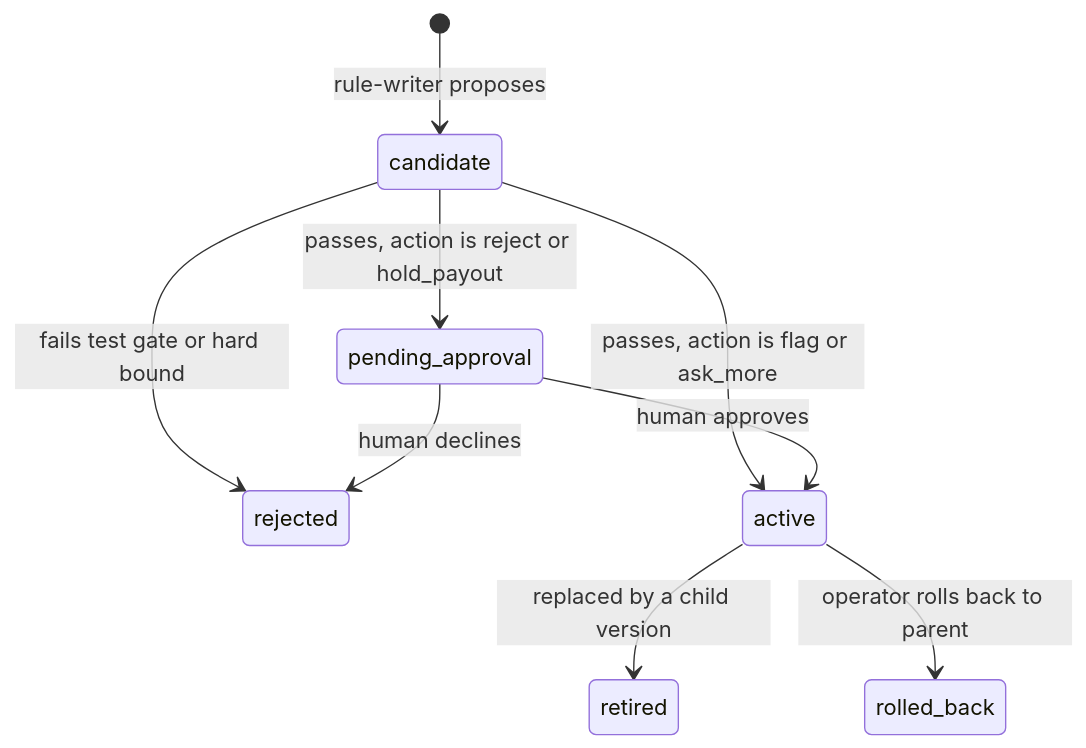
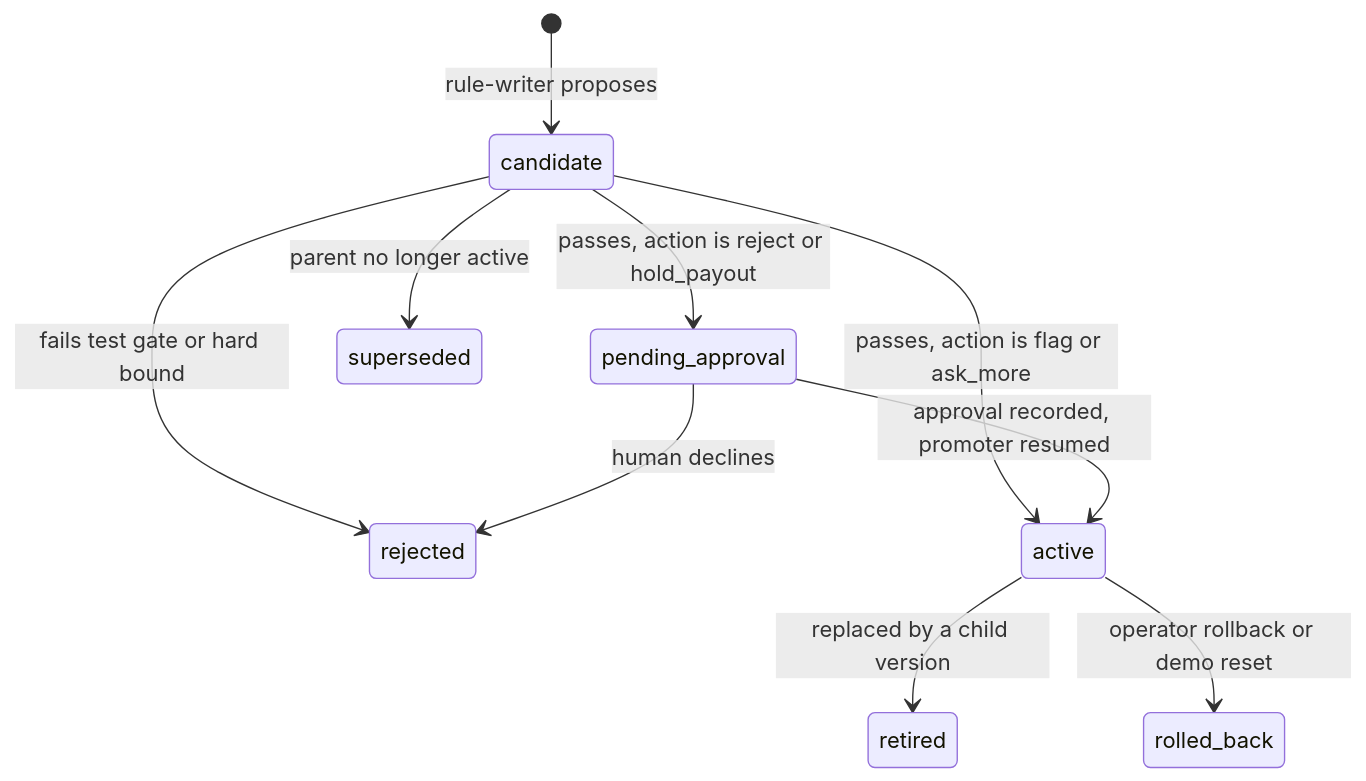
Before and after one commit to mxblmr/lane: the fifth of 5 diagrams in docs/plans/2026-10-11-1233-feat-lane-mvp-plan.md, drawn with Mermaid. The commit also changed other lines of this file, not shown here.

````diff
--- a/docs/plans/2026-10-11-1233-feat-lane-mvp-plan.md
+++ b/docs/plans/2026-10-11-1233-feat-lane-mvp-plan.md
@@ -339,11 +387,12 @@
 ```mermaid
 stateDiagram-v2
   [*] --> candidate: rule-writer proposes
   candidate --> rejected: fails test gate or hard bound
   candidate --> active: passes, action is flag or ask_more
   candidate --> pending_approval: passes, action is reject or hold_payout
-  pending_approval --> active: human approves
+  candidate --> superseded: parent no longer active
+  pending_approval --> active: approval recorded, promoter resumed
   pending_approval --> rejected: human declines
   active --> retired: replaced by a child version
-  active --> rolled_back: operator rolls back to parent
+  active --> rolled_back: operator rollback or demo reset
 ```
````
